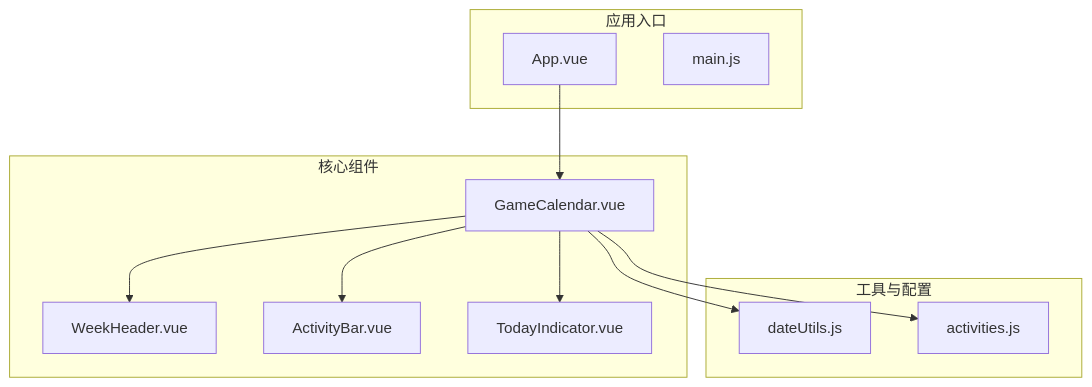
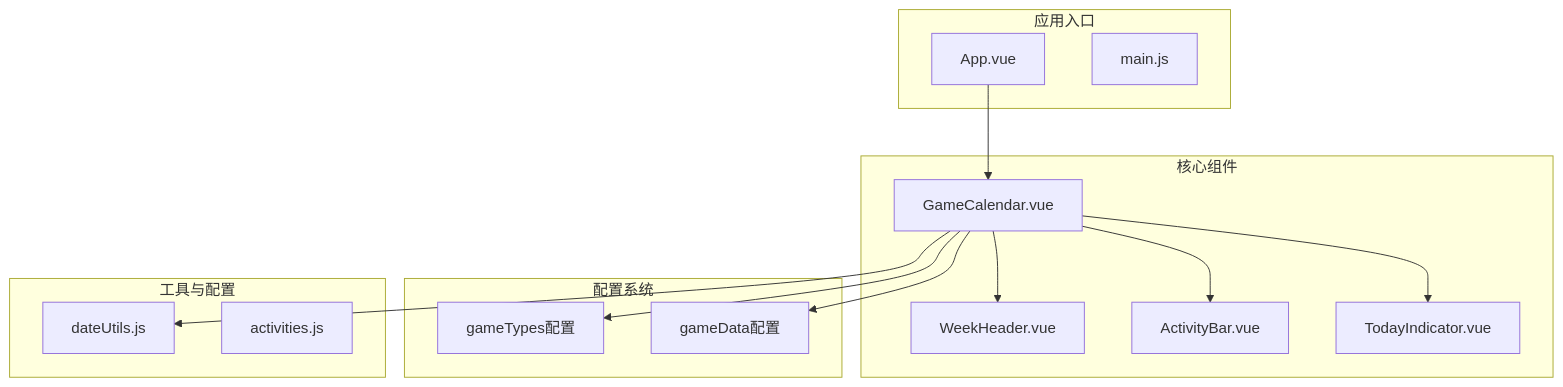
One commit to xuanyulingnfeg/gameCalendar changed the first of 10 diagrams in .qoder/repowiki/zh/content/核心组件/GameCalendar 主容器组件.md. Above: the diagram before and after it, drawn with Mermaid. The commit also changed other lines of this file and 5 other files, not shown here.

````diff
--- a/.qoder/repowiki/zh/content/核心组件/GameCalendar 主容器组件.md
+++ b/.qoder/repowiki/zh/content/核心组件/GameCalendar 主容器组件.md
@@ -45,23 +46,28 @@
 ```mermaid
 graph TB
 subgraph "应用入口"
 App[App.vue]
 Main[main.js]
 end
 subgraph "核心组件"
 GameCalendar[GameCalendar.vue]
 WeekHeader[WeekHeader.vue]
 ActivityBar[ActivityBar.vue]
 TodayIndicator[TodayIndicator.vue]
 end
+subgraph "配置系统"
+GameTypes[gameTypes配置]
+GameData[gameData配置]
+end
 subgraph "工具与配置"
 DateUtils[dateUtils.js]
 Activities[activities.js]
 end
 App --> GameCalendar
 GameCalendar --> WeekHeader
 GameCalendar --> TodayIndicator
 GameCalendar --> ActivityBar
 GameCalendar --> DateUtils
-GameCalendar --> Activities
+GameCalendar --> GameTypes
+GameCalendar --> GameData
 ```
````
